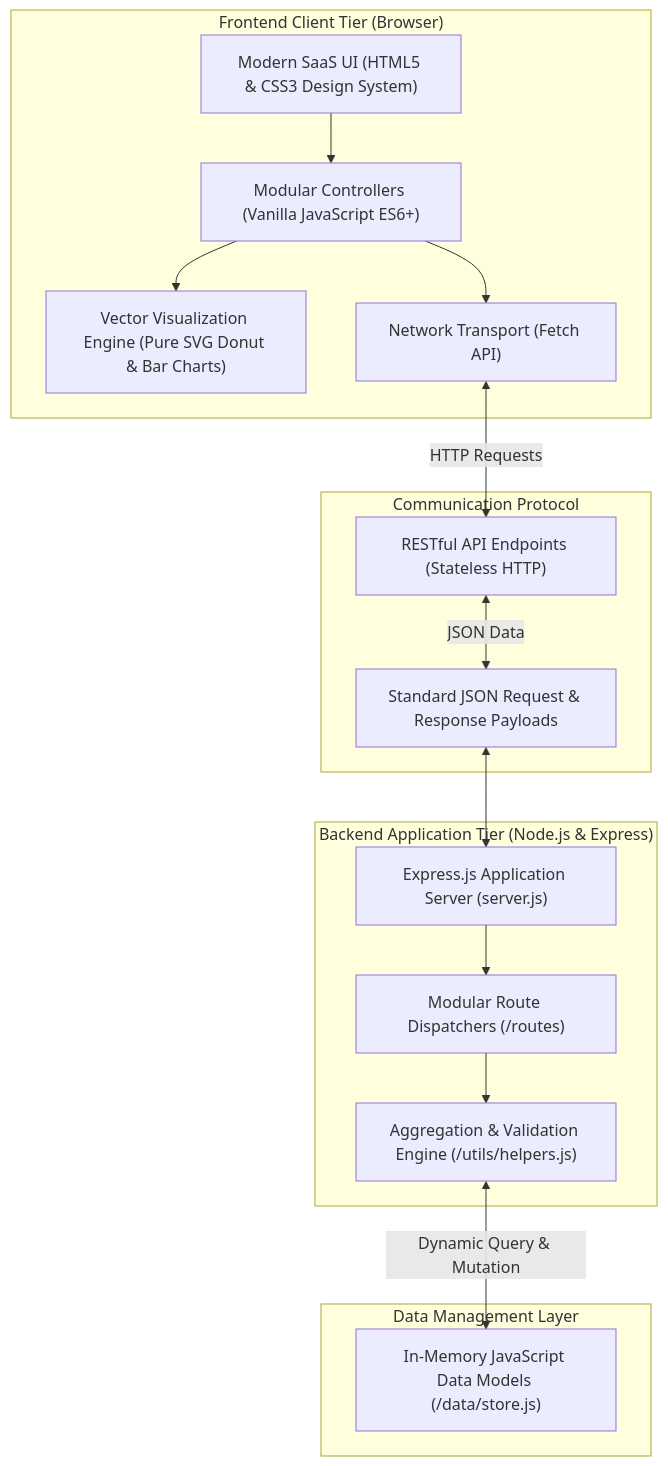
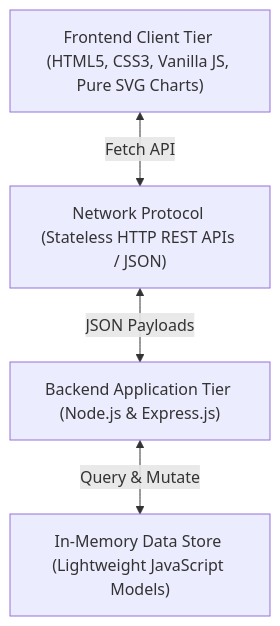
One commit to chiragroshan18/ems changed the diagram in README.md. Above: the diagram before and after it, drawn with Mermaid. The commit also changed other lines of this file, not shown here.

Commit message:
docs: shredded the bloat, kept the fire — 100% pure lean event ops command center 🚀🔥⚡

````diff
--- a/README.md
+++ b/README.md
@@ -32,34 +23,11 @@
 ```mermaid
 flowchart TD
-    subgraph ClientTier["Frontend Client Tier (Browser)"]
-        UI["Modern SaaS UI (HTML5 & CSS3 Design System)"]
-        DOM["Modular Controllers (Vanilla JavaScript ES6+)"]
-        Charts["Vector Visualization Engine (Pure SVG Donut & Bar Charts)"]
-        HTTP["Network Transport (Fetch API)"]
-        UI --> DOM
-        DOM --> Charts
-        DOM --> HTTP
-    end
+    Client["Frontend Client Tier (HTML5, CSS3, Vanilla JS, Pure SVG Charts)"]
+    API["Network Protocol (Stateless HTTP REST APIs / JSON)"]
+    Server["Backend Application Tier (Node.js & Express.js)"]
+    Data["In-Memory Data Store (Lightweight JavaScript Models)"]
 
-    subgraph NetworkTier["Communication Protocol"]
-        REST["RESTful API Endpoints (Stateless HTTP)"]
-        JSON["Standard JSON Request & Response Payloads"]
-        HTTP <-->|HTTP Requests| REST
-        REST <-->|JSON Data| JSON
-    end
-
-    subgraph ServerTier["Backend Application Tier (Node.js & Express)"]
-        App["Express.js Application Server (server.js)"]
-        Routes["Modular Route Dispatchers (/routes)"]
-        Logic["Aggregation & Validation Engine (/utils/helpers.js)"]
-        App --> Routes
-        Routes --> Logic
-    end
-
-    subgraph DataTier["Data Management Layer"]
-        Store["In-Memory JavaScript Data Models (/data/store.js)"]
-        Logic <-->|Dynamic Query & Mutation| Store
-    end
-
-    JSON <--> App
+    Client <-->|Fetch API| API
+    API <-->|JSON Payloads| Server
+    Server <-->|Query & Mutate| Data
 ```
````
